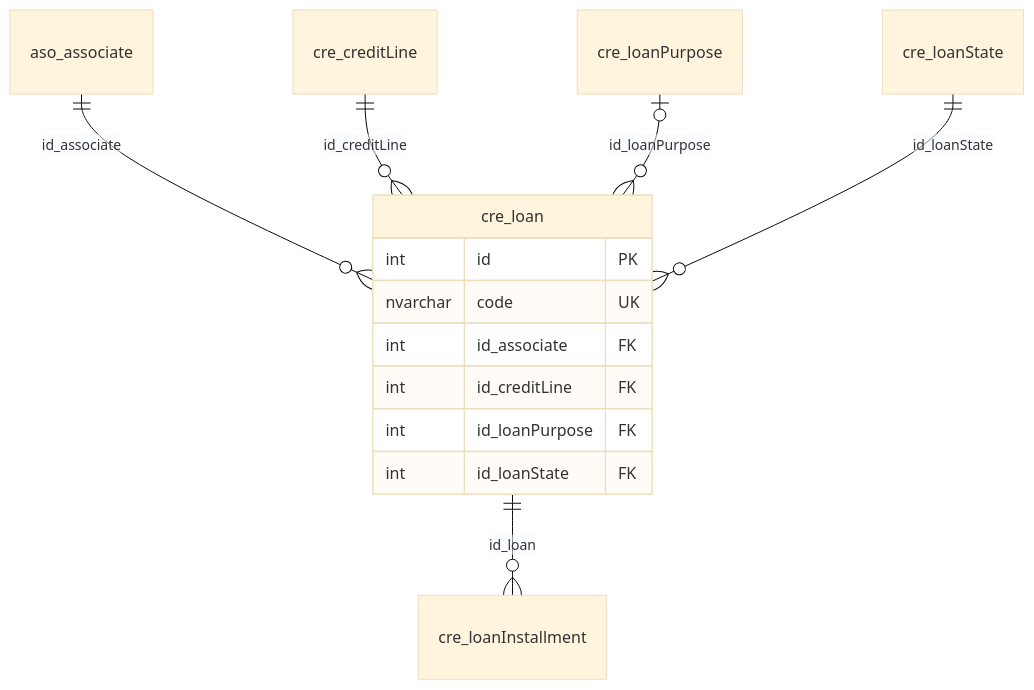
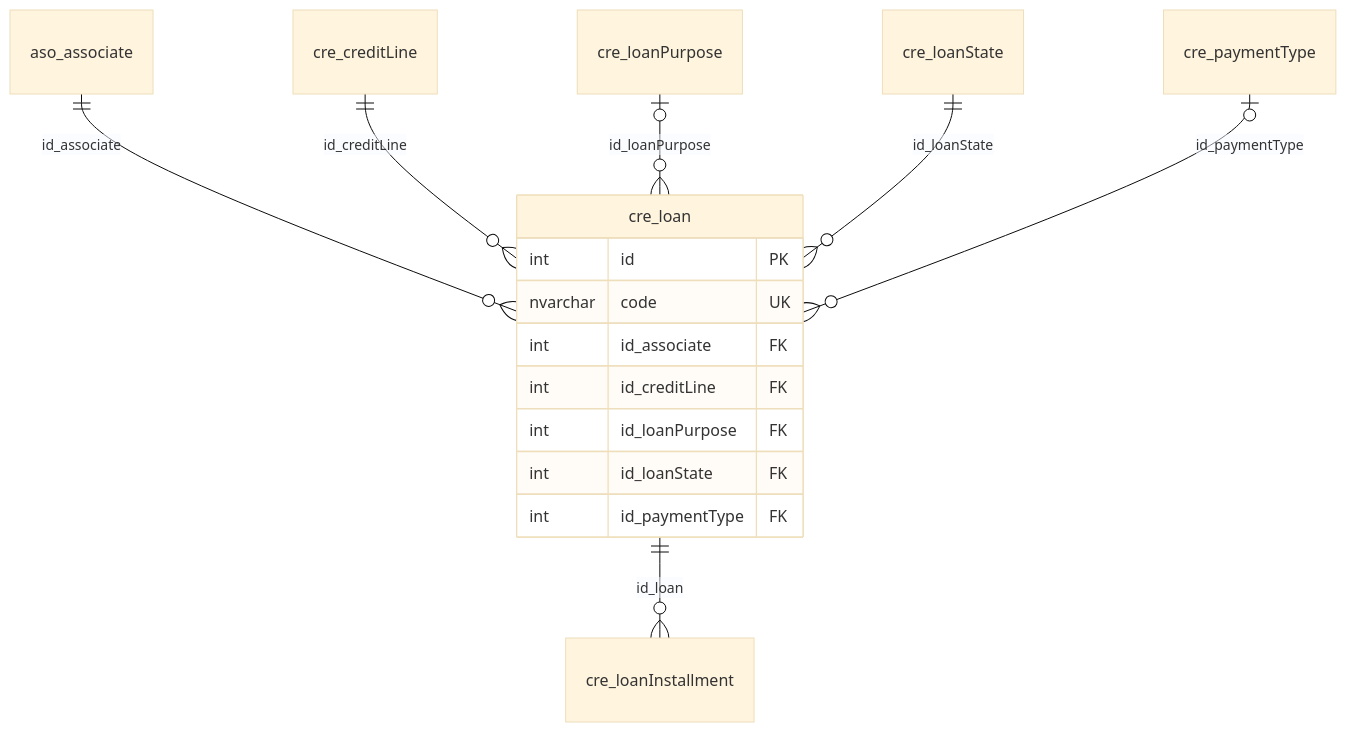
The diagram in docs/safe/database/cre/loan.md (softwaresamm/IDAE.Docs), drawn with Mermaid (base theme) before and after one commit. The commit also changed other lines of this file and 8 other files, not shown here.

````diff
--- a/docs/safe/database/cre/loan.md
+++ b/docs/safe/database/cre/loan.md
@@ -99,21 +100,24 @@
 ```mermaid
 erDiagram
     cre_loan {
         int id PK
         nvarchar code UK
         int id_associate FK
         int id_creditLine FK
         int id_loanPurpose FK
         int id_loanState FK
+        int id_paymentType FK
     }
     aso_associate
     cre_creditLine
     cre_loanPurpose
     cre_loanState
+    cre_paymentType
     cre_loanInstallment
     aso_associate ||--o{ cre_loan : "id_associate"
     cre_creditLine ||--o{ cre_loan : "id_creditLine"
     cre_loanPurpose |o--o{ cre_loan : "id_loanPurpose"
     cre_loanState ||--o{ cre_loan : "id_loanState"
+    cre_paymentType |o--o{ cre_loan : "id_paymentType"
     cre_loan ||--o{ cre_loanInstallment : "id_loan"
 ```
````
